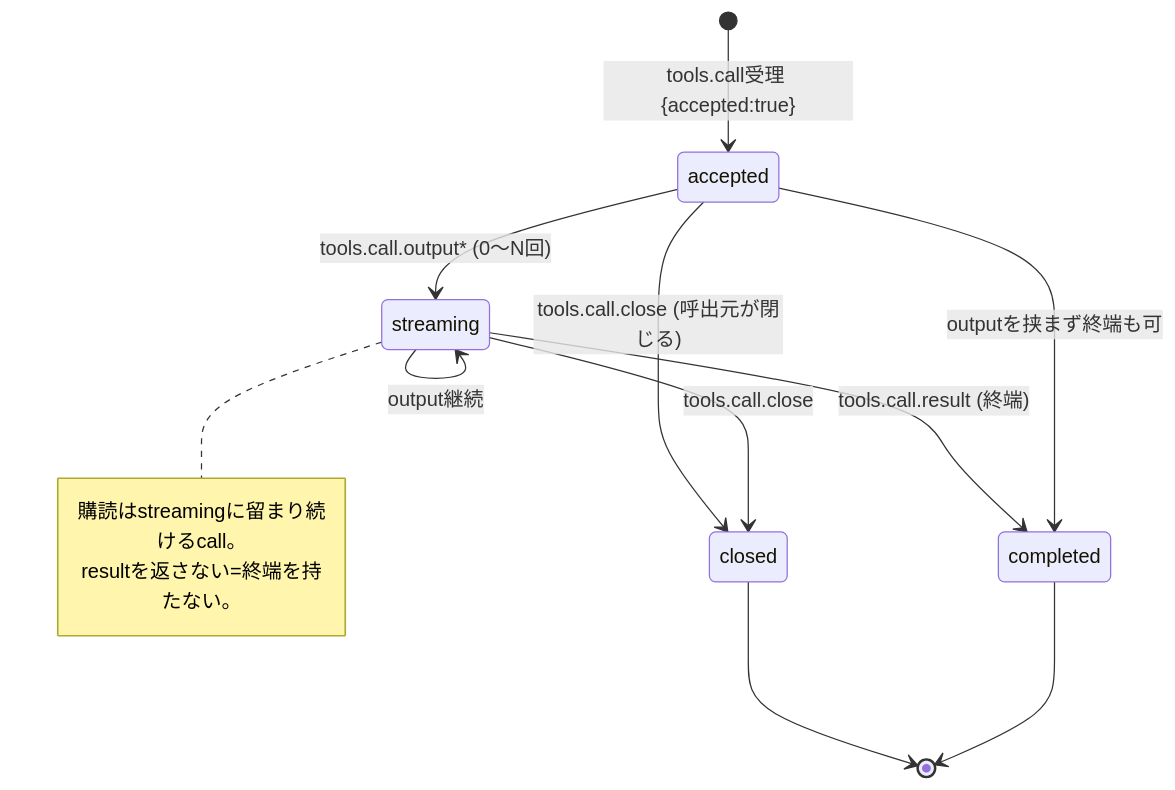
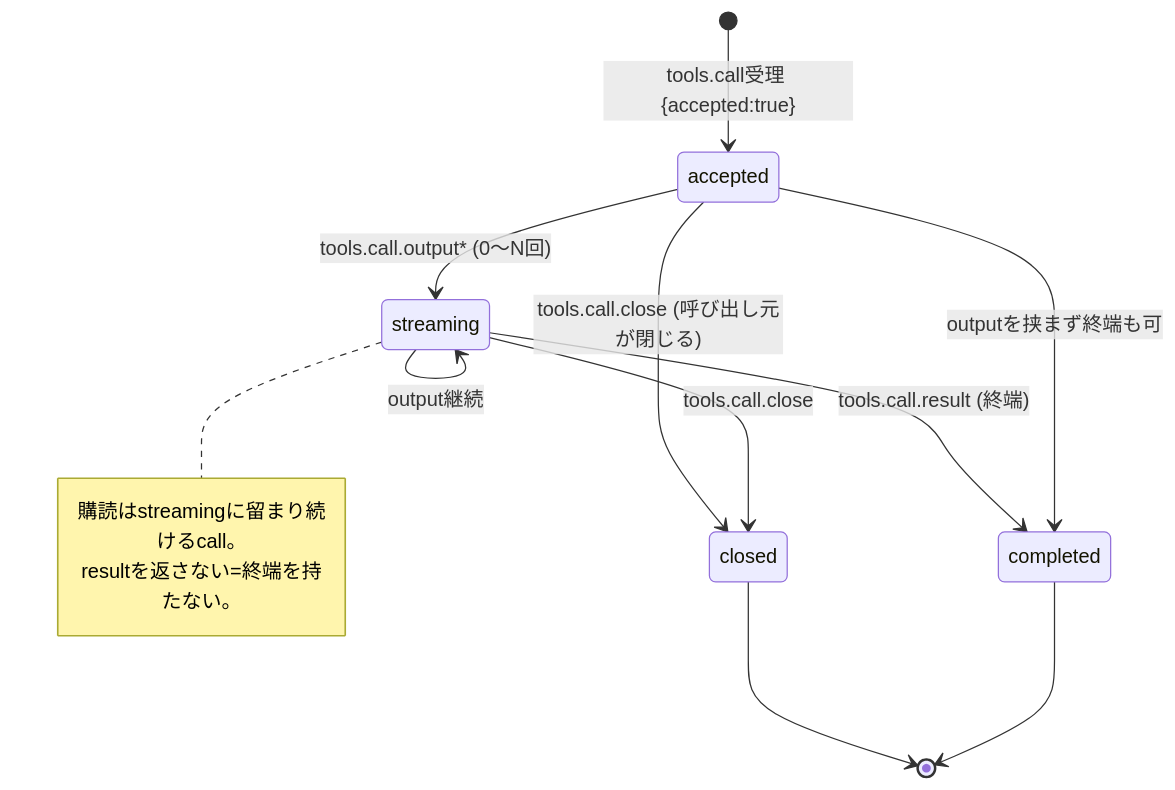
The second of 2 diagrams in docs/contracts/00003-tool-call.md (naatin777/plugumi), drawn with Mermaid before and after one commit. The commit also changed other lines of this file and 56 other files, not shown here.

````diff
--- a/docs/contracts/00003-tool-call.md
+++ b/docs/contracts/00003-tool-call.md
@@ -176,16 +176,16 @@
 ```mermaid
 stateDiagram-v2
     [*] --> accepted: tools.call受理 {accepted:true}
     accepted --> streaming: tools.call.output* (0〜N回)
     streaming --> streaming: output継続
     streaming --> completed: tools.call.result (終端)
     accepted --> completed: outputを挟まず終端も可
-    accepted --> closed: tools.call.close (呼出元が閉じる)
+    accepted --> closed: tools.call.close (呼び出し元が閉じる)
     streaming --> closed: tools.call.close
     closed --> [*]
     completed --> [*]
     note right of streaming
         購読はstreamingに留まり続けるcall。
         resultを返さない=終端を持たない。
     end note
 ```
````
